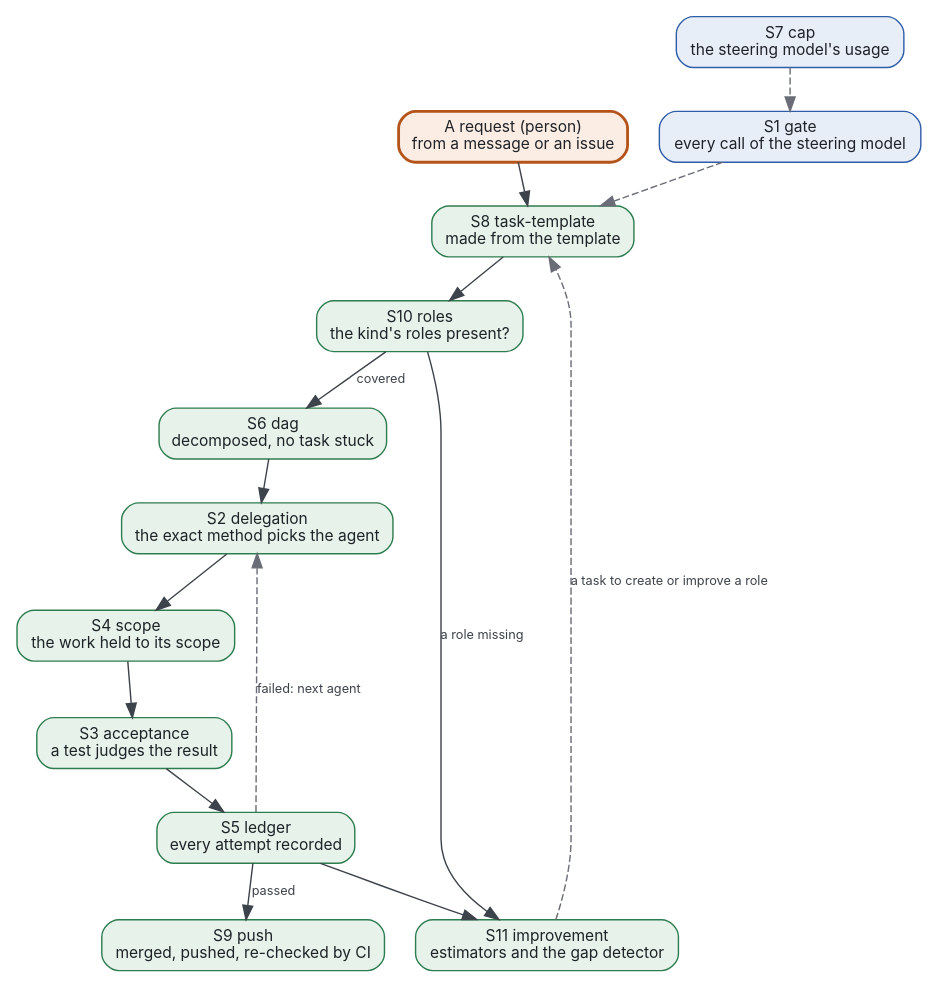
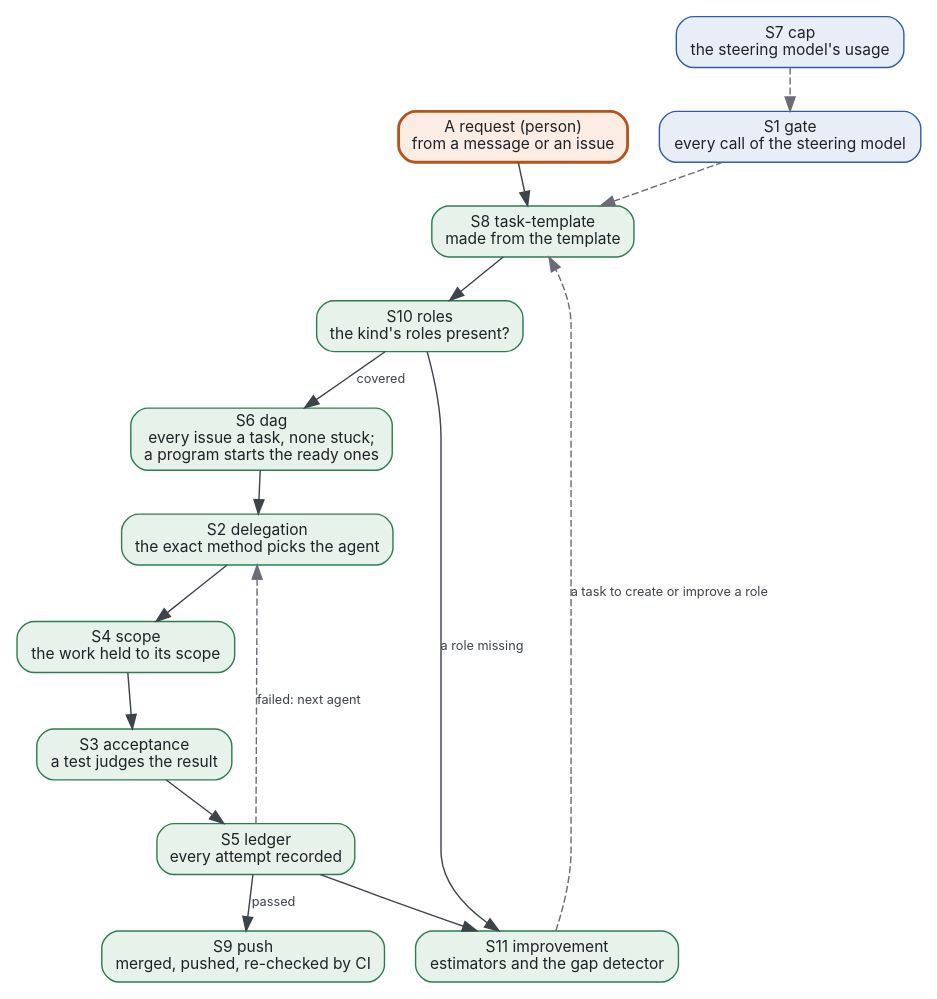
Before and after one commit to tewf-lab/agentic-setup: the diagram in workflow.dot, drawn with Graphviz. The commit also changed 4 other files, not shown here.

First line of the commit message:
S6: every open issue is a task, and a program starts the ready ones

```diff
--- a/workflow.dot
+++ b/workflow.dot
@@ -1,22 +1,22 @@
 digraph workflow {
   rankdir=TB; nodesep=0.3; ranksep=0.42;
   node [shape=box, style="rounded,filled", fontname="Inter", fontsize=11, fontcolor="#1F2328", fillcolor="#E6F2EA", color="#2E7D4F"];
   edge [fontname="Inter", fontsize=9, color="#3D434B", fontcolor="#3D434B"];
   request [label="A request (person)\nfrom a message or an issue", fillcolor="#FBEDE4", color="#B4541A", penwidth=2];
   task [label="S8 task-template\nmade from the template"];
   roles [label="S10 roles\nthe kind's roles present?"];
-  dag [label="S6 dag\ndecomposed, no task stuck"];
+  dag [label="S6 dag\nevery issue a task, none stuck;\na program starts the ready ones"];
   method [label="S2 delegation\nthe exact method picks the agent"];
   scope [label="S4 scope\nthe work held to its scope"];
   accept [label="S3 acceptance\na test judges the result"];
   ledger [label="S5 ledger\nevery attempt recorded"];
   push [label="S9 push\nmerged, pushed, re-checked by CI"];
   improve [label="S11 improvement\nestimators and the gap detector"];
   gate [label="S1 gate\nevery call of the steering model", fillcolor="#E8EEF8", color="#2F5DA8"];
   cap [label="S7 cap\nthe steering model's usage", fillcolor="#E8EEF8", color="#2F5DA8"];
   request -> task; task -> roles; roles -> dag [label="covered"]; roles -> improve [label="a role missing"];
   dag -> method; method -> scope; scope -> accept; accept -> ledger; ledger -> push [label="passed"];
   ledger -> method [label="failed: next agent", style=dashed, color="#6A6D77"]; ledger -> improve;
   improve -> task [label="a task to create or improve a role", style=dashed, color="#6A6D77"];
   gate -> task [style=dashed, color="#6A6D77"]; cap -> gate [style=dashed, color="#6A6D77"];
 }
```
